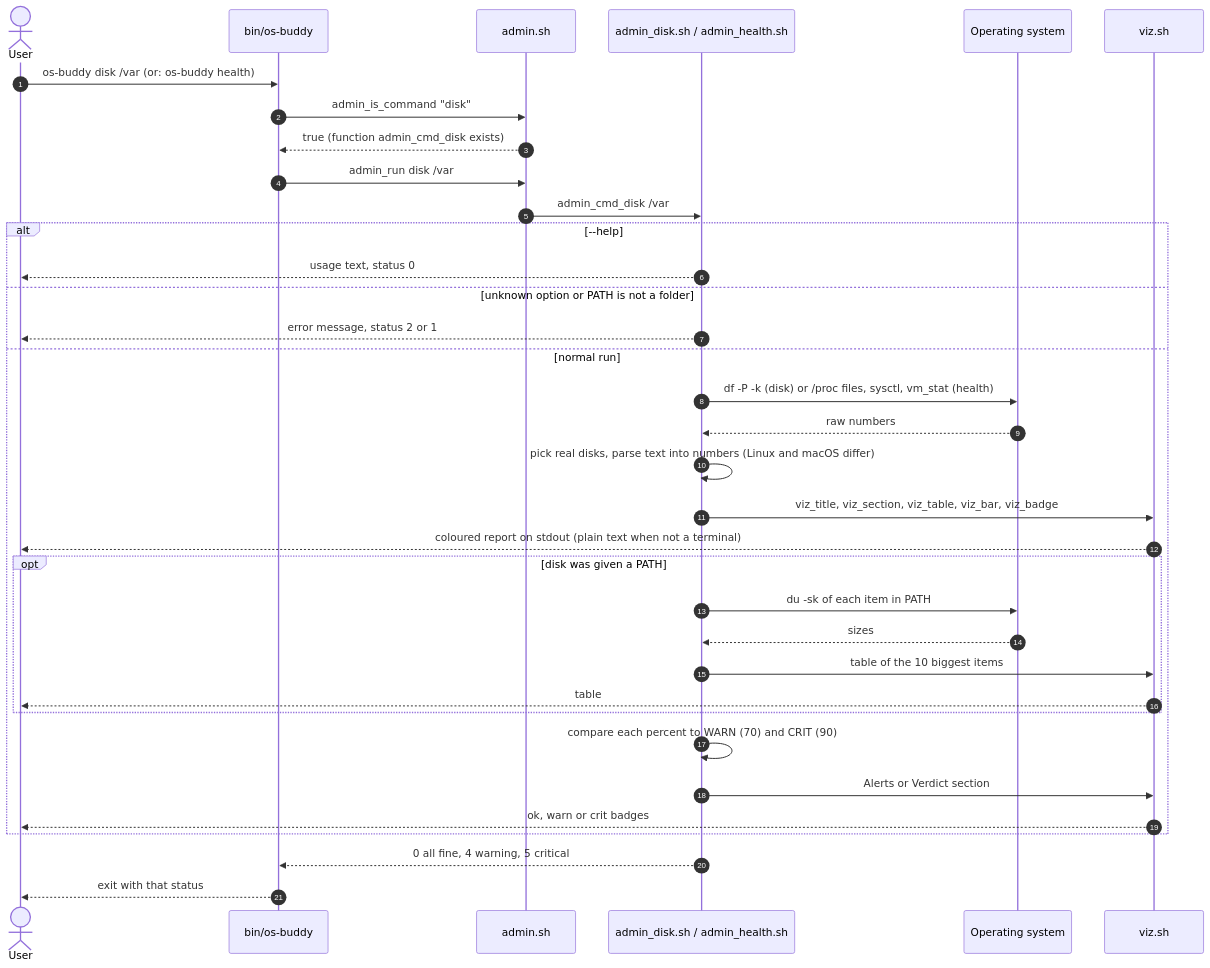
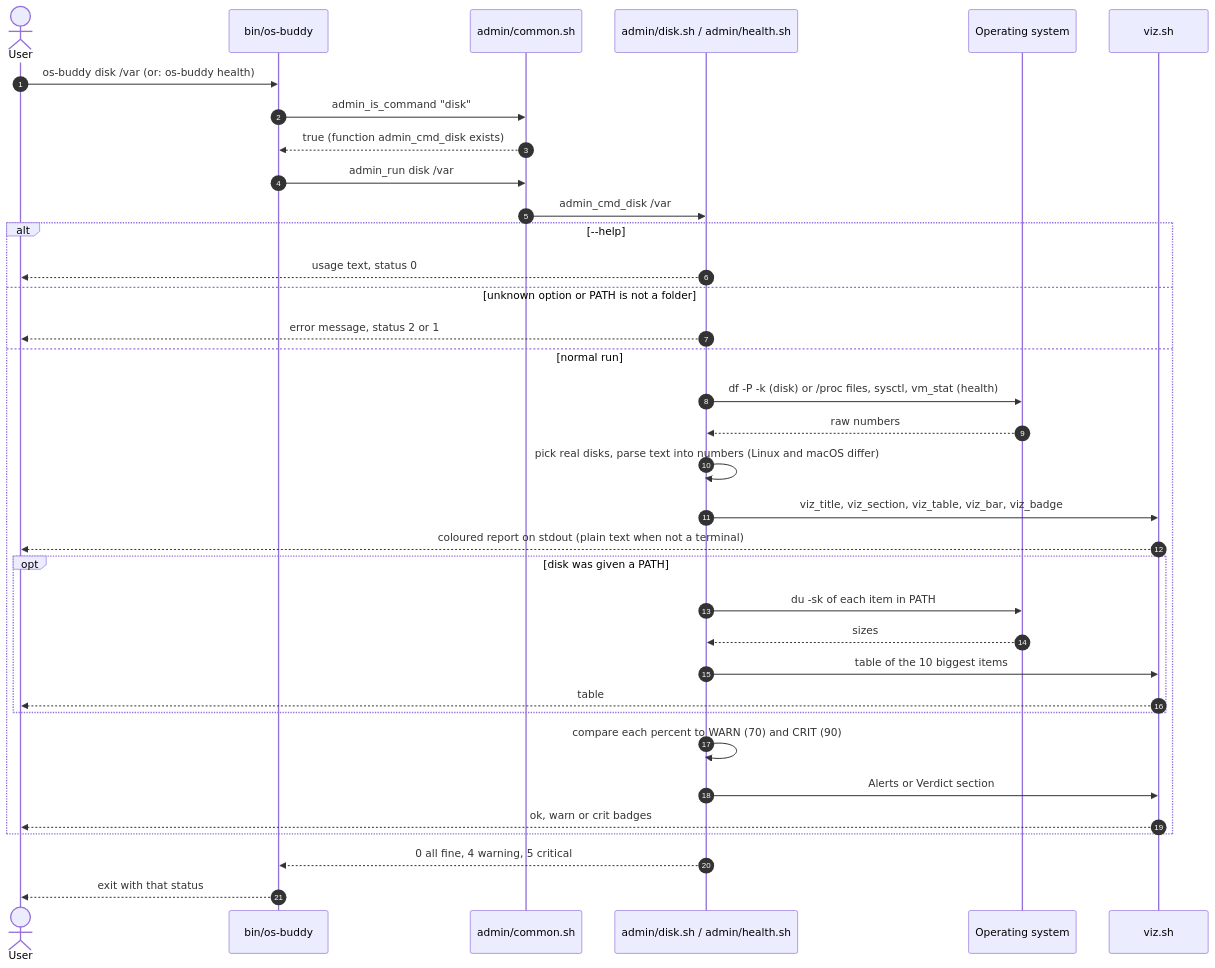
Before and after one commit to clickTwice26/os-buddy: the seventh of 7 diagrams in docs/sequence-diagram.md, drawn with Mermaid. The commit also changed other lines of this file and 31 other files, not shown here.

````diff
--- a/docs/sequence-diagram.md
+++ b/docs/sequence-diagram.md
@@ -320,40 +320,40 @@
 ```mermaid
 sequenceDiagram
     autonumber
     actor User
     participant Entry as bin/os-buddy
-    participant Admin as admin.sh
-    participant Report as admin_disk.sh / admin_health.sh
+    participant Admin as admin/common.sh
+    participant Report as admin/disk.sh / admin/health.sh
     participant OS as Operating system
     participant Viz as viz.sh
 
     User->>Entry: os-buddy disk /var  (or: os-buddy health)
     Entry->>Admin: admin_is_command "disk"
     Admin-->>Entry: true (function admin_cmd_disk exists)
     Entry->>Admin: admin_run disk /var
     Admin->>Report: admin_cmd_disk /var
 
     alt --help
         Report-->>User: usage text, status 0
     else unknown option or PATH is not a folder
         Report-->>User: error message, status 2 or 1
     else normal run
         Report->>OS: df -P -k (disk) or /proc files, sysctl, vm_stat (health)
         OS-->>Report: raw numbers
         Report->>Report: pick real disks, parse text into numbers (Linux and macOS differ)
         Report->>Viz: viz_title, viz_section, viz_table, viz_bar, viz_badge
         Viz-->>User: coloured report on stdout (plain text when not a terminal)
         opt disk was given a PATH
             Report->>OS: du -sk of each item in PATH
             OS-->>Report: sizes
             Report->>Viz: table of the 10 biggest items
             Viz-->>User: table
         end
         Report->>Report: compare each percent to WARN (70) and CRIT (90)
         Report->>Viz: Alerts or Verdict section
         Viz-->>User: ok, warn or crit badges
     end
 
     Report-->>Entry: 0 all fine, 4 warning, 5 critical
     Entry-->>User: exit with that status
 ```
````
